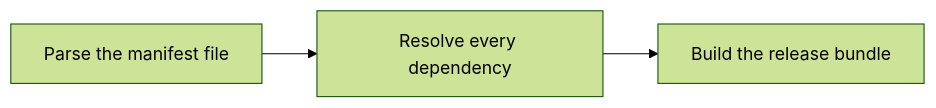
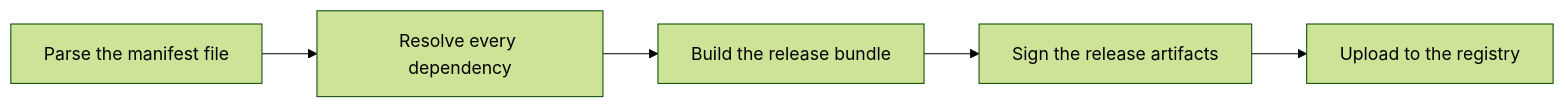
Before and after one commit to eldridgerdev/agent-mainframe: the third of 4 diagrams in docs/mermaid-wide-example.md, drawn with Mermaid (forest theme). The commit also changed other lines of this file, not shown here.

Commit message:
Widen the example diagrams so several clip on large panes

````diff
--- a/docs/mermaid-wide-example.md
+++ b/docs/mermaid-wide-example.md
@@ -54,5 +60,7 @@
 ```mermaid
 flowchart LR
     A[Parse the manifest file] --> B[Resolve every dependency]
     B --> C[Build the release bundle]
+    C --> D[Sign the release artifacts]
+    D --> E[Upload to the registry]
 ```
````
